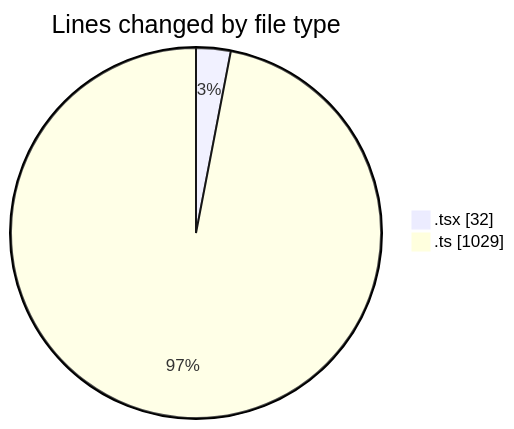
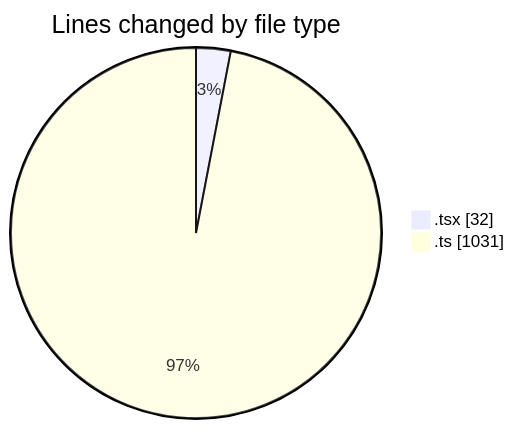
Before and after one commit to JenPaints/code-tracking: the first of 2 diagrams in 2025-06-26/archive/README.md, drawn with Mermaid. The commit also changed other lines of this file and 1 other file, not shown here.

````diff
--- a/2025-06-26/archive/README.md
+++ b/2025-06-26/archive/README.md
@@ -23,6 +23,6 @@
 ```mermaid
 pie showData
 title Lines changed by file type
 ".tsx" : 32
-".ts" : 1029
+".ts" : 1031
 ```
````
